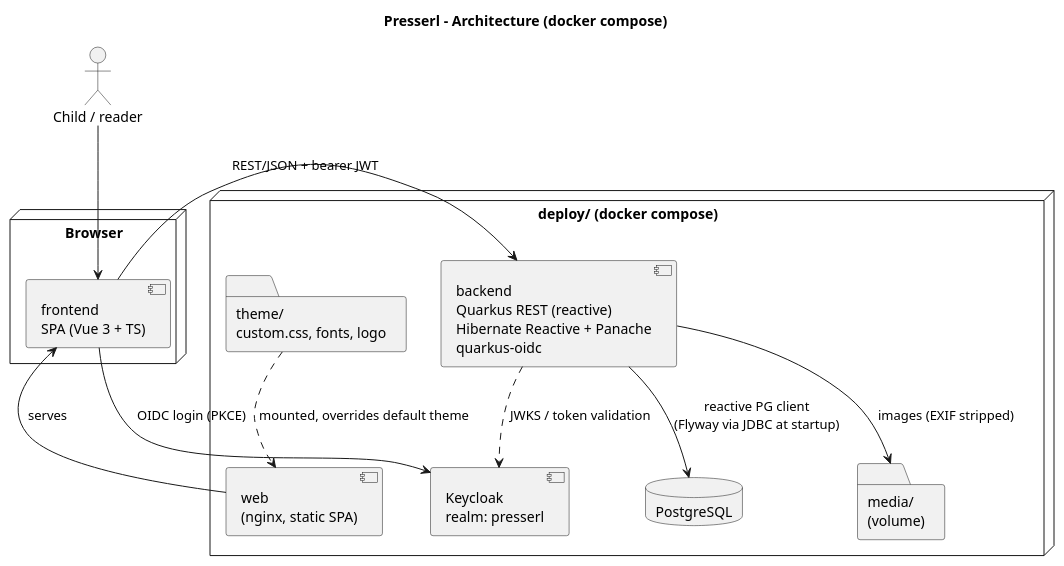
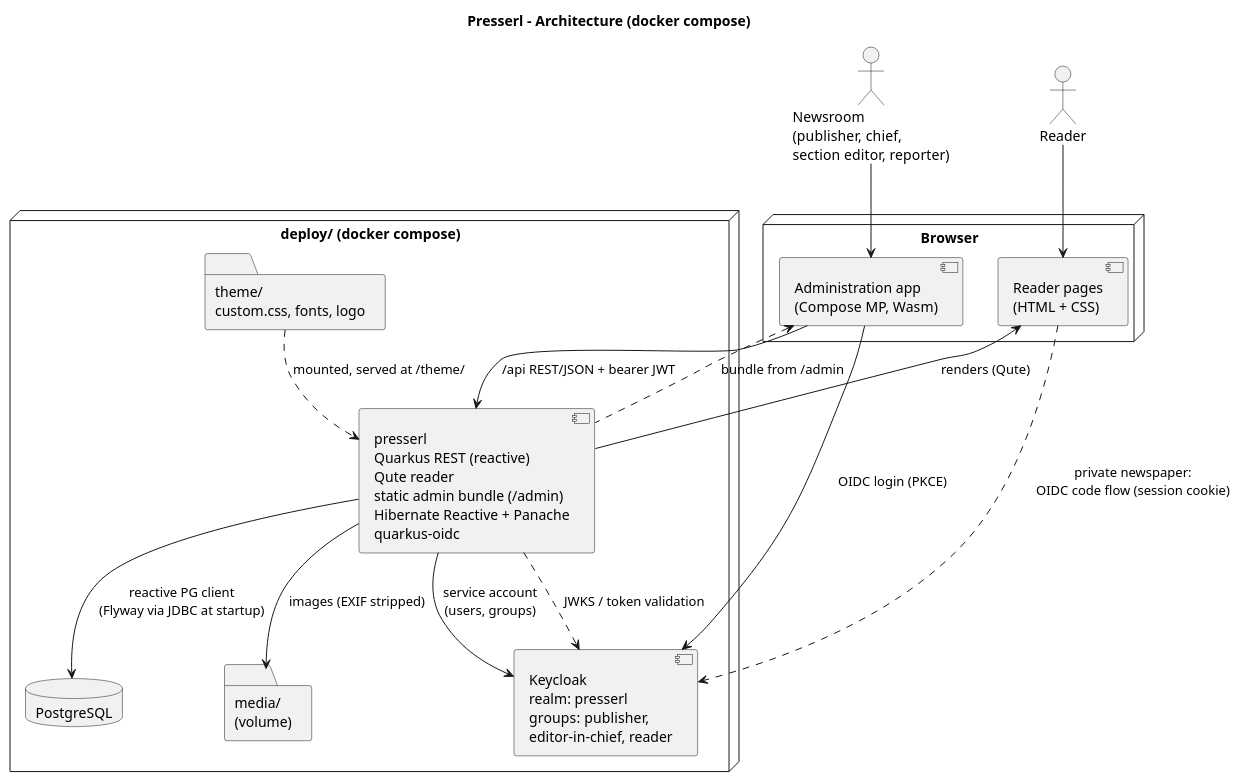
One commit to UnterrainerInformatik/presserl changed the diagram in docs/diagrams/architecture.puml. Above: the diagram before and after it, drawn with PlantUML. The commit also changed 28 other files, not shown here.

```diff
--- a/docs/diagrams/architecture.puml
+++ b/docs/diagrams/architecture.puml
@@ -1,27 +1,32 @@
 @startuml architecture
 title Presserl – Architecture (docker compose)
 skinparam shadowing false
 skinparam defaultFontName Sans-Serif
 
-actor "Child / reader" as user
+actor "Reader" as reader
+actor "Newsroom\n(publisher, chief,\nsection editor, reporter)" as newsroom
 node "Browser" {
-  component "frontend\nSPA (Vue 3 + TS)" as spa
+  component "Reader pages\n(HTML + CSS)" as html
+  component "Administration app\n(Compose MP, Wasm)" as admin
 }
 node "deploy/ (docker compose)" {
-  component "web\n(nginx, static SPA)" as web
+  component "presserl\nQuarkus REST (reactive)\nQute reader\nstatic admin bundle (/admin)\nHibernate Reactive + Panache\nquarkus-oidc" as srv
   folder "theme/\ncustom.css, fonts, logo" as theme
-  component "Keycloak\nrealm: presserl" as kc
-  component "backend\nQuarkus REST (reactive)\nHibernate Reactive + Panache\nquarkus-oidc" as srv
+  component "Keycloak\nrealm: presserl\ngroups: publisher,\neditor-in-chief, reader" as kc
   database "PostgreSQL" as db
   folder "media/\n(volume)" as media
 }
 
-user --> spa
-web --> spa : serves
-theme ..> web : mounted, overrides default theme
-spa --> kc : OIDC login (PKCE)
-spa --> srv : REST/JSON + bearer JWT
+reader --> html
+newsroom --> admin
+srv --> html : renders (Qute)
+admin <.. srv : bundle from /admin
+theme ..> srv : mounted, served at /theme/
+html ..> kc : private newspaper:\nOIDC code flow (session cookie)
+admin --> kc : OIDC login (PKCE)
+admin --> srv : /api REST/JSON + bearer JWT
+srv --> kc : service account\n(users, groups)
 srv ..> kc : JWKS / token validation
 srv --> db : reactive PG client\n(Flyway via JDBC at startup)
 srv --> media : images (EXIF stripped)
 @enduml
```
